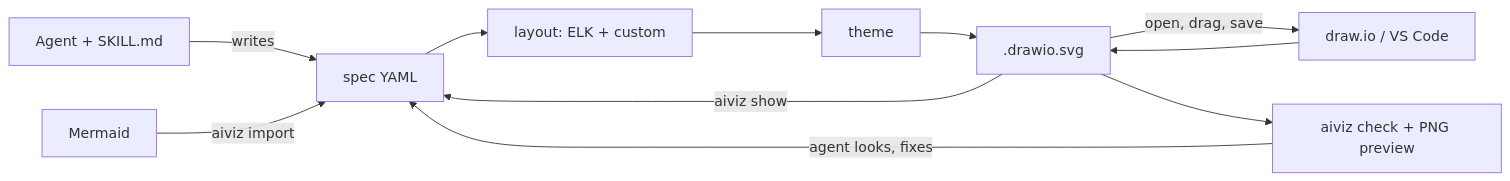
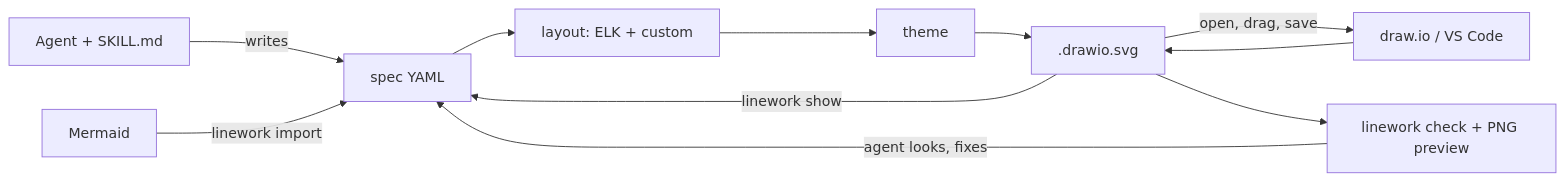
One commit to itsthecsguy/linework changed the diagram in PLAN.md. Above: the diagram before and after it, drawn with Mermaid. The commit also changed other lines of this file and 44 other files, not shown here.

````diff
--- a/PLAN.md
+++ b/PLAN.md
@@ -37,13 +37,13 @@
 ```mermaid
 flowchart LR
   A[Agent + SKILL.md] -->|writes| S[spec YAML]
-  M[Mermaid] -->|aiviz import| S
+  M[Mermaid] -->|linework import| S
   S --> L[layout: ELK + custom]
   L --> T[theme]
   T --> D[.drawio.svg]
   D -->|open, drag, save| E[draw.io / VS Code]
   E --> D
-  D -->|aiviz show| S
-  D --> C[aiviz check + PNG preview]
+  D -->|linework show| S
+  D --> C[linework check + PNG preview]
   C -->|agent looks, fixes| S
 ```
````
